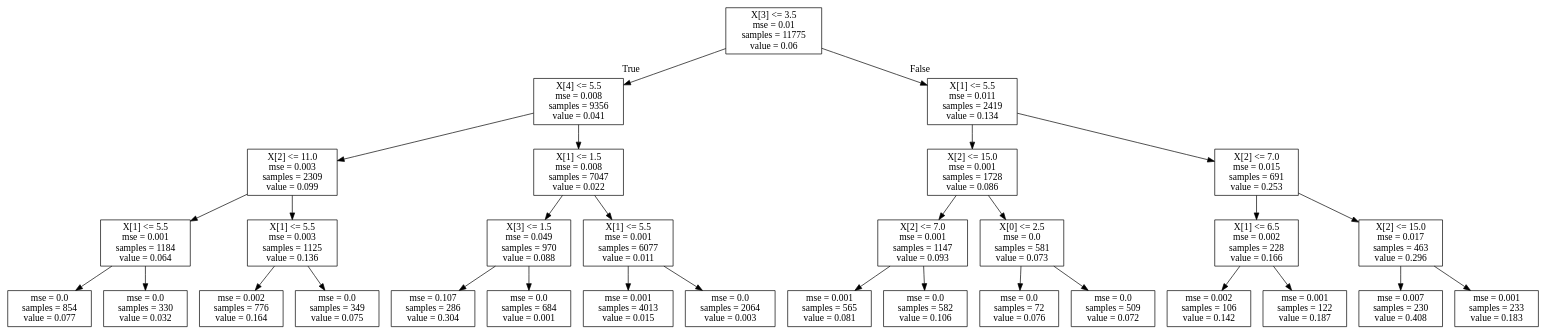
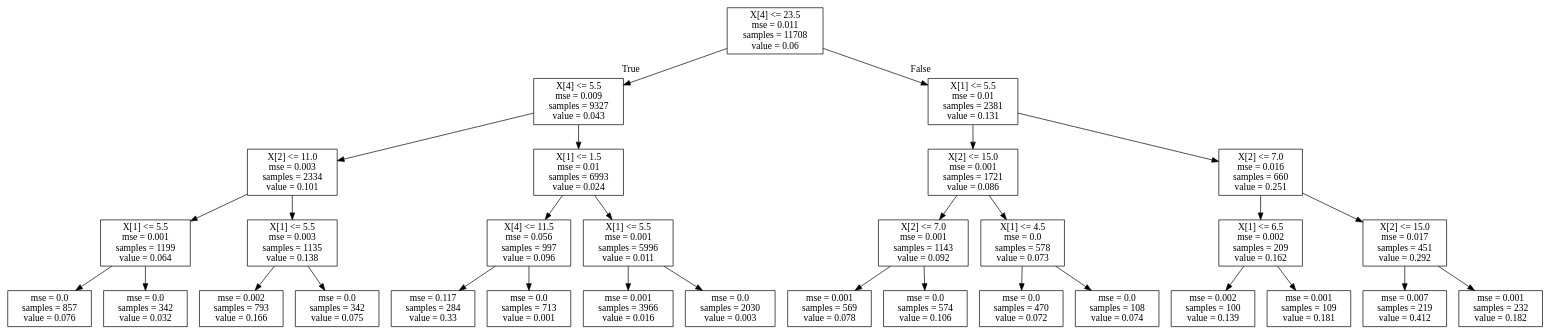
The diagram in Project4/tree.dot (jdhurwitz/UCLA-EE219), drawn with Graphviz before and after one commit. The commit also changed 2 other files, not shown here.

```diff
--- a/Project4/tree.dot
+++ b/Project4/tree.dot
@@ -1,64 +1,64 @@
 digraph Tree {
 node [shape=box] ;
-0 [label="X[3] <= 3.5\nmse = 0.01\nsamples = 11775\nvalue = 0.06"] ;
-1 [label="X[4] <= 5.5\nmse = 0.008\nsamples = 9356\nvalue = 0.041"] ;
+0 [label="X[4] <= 23.5\nmse = 0.011\nsamples = 11708\nvalue = 0.06"] ;
+1 [label="X[4] <= 5.5\nmse = 0.009\nsamples = 9327\nvalue = 0.043"] ;
 0 -> 1 [labeldistance=2.5, labelangle=45, headlabel="True"] ;
-2 [label="X[2] <= 11.0\nmse = 0.003\nsamples = 2309\nvalue = 0.099"] ;
+2 [label="X[2] <= 11.0\nmse = 0.003\nsamples = 2334\nvalue = 0.101"] ;
 1 -> 2 ;
-3 [label="X[1] <= 5.5\nmse = 0.001\nsamples = 1184\nvalue = 0.064"] ;
+3 [label="X[1] <= 5.5\nmse = 0.001\nsamples = 1199\nvalue = 0.064"] ;
 2 -> 3 ;
-4 [label="mse = 0.0\nsamples = 854\nvalue = 0.077"] ;
+4 [label="mse = 0.0\nsamples = 857\nvalue = 0.076"] ;
 3 -> 4 ;
-5 [label="mse = 0.0\nsamples = 330\nvalue = 0.032"] ;
+5 [label="mse = 0.0\nsamples = 342\nvalue = 0.032"] ;
 3 -> 5 ;
-6 [label="X[1] <= 5.5\nmse = 0.003\nsamples = 1125\nvalue = 0.136"] ;
+6 [label="X[1] <= 5.5\nmse = 0.003\nsamples = 1135\nvalue = 0.138"] ;
 2 -> 6 ;
-7 [label="mse = 0.002\nsamples = 776\nvalue = 0.164"] ;
+7 [label="mse = 0.002\nsamples = 793\nvalue = 0.166"] ;
 6 -> 7 ;
-8 [label="mse = 0.0\nsamples = 349\nvalue = 0.075"] ;
+8 [label="mse = 0.0\nsamples = 342\nvalue = 0.075"] ;
 6 -> 8 ;
-9 [label="X[1] <= 1.5\nmse = 0.008\nsamples = 7047\nvalue = 0.022"] ;
+9 [label="X[1] <= 1.5\nmse = 0.01\nsamples = 6993\nvalue = 0.024"] ;
 1 -> 9 ;
-10 [label="X[3] <= 1.5\nmse = 0.049\nsamples = 970\nvalue = 0.088"] ;
+10 [label="X[4] <= 11.5\nmse = 0.056\nsamples = 997\nvalue = 0.096"] ;
 9 -> 10 ;
-11 [label="mse = 0.107\nsamples = 286\nvalue = 0.304"] ;
+11 [label="mse = 0.117\nsamples = 284\nvalue = 0.33"] ;
 10 -> 11 ;
-12 [label="mse = 0.0\nsamples = 684\nvalue = 0.001"] ;
+12 [label="mse = 0.0\nsamples = 713\nvalue = 0.001"] ;
 10 -> 12 ;
-13 [label="X[1] <= 5.5\nmse = 0.001\nsamples = 6077\nvalue = 0.011"] ;
+13 [label="X[1] <= 5.5\nmse = 0.001\nsamples = 5996\nvalue = 0.011"] ;
 9 -> 13 ;
-14 [label="mse = 0.001\nsamples = 4013\nvalue = 0.015"] ;
+14 [label="mse = 0.001\nsamples = 3966\nvalue = 0.016"] ;
 13 -> 14 ;
-15 [label="mse = 0.0\nsamples = 2064\nvalue = 0.003"] ;
+15 [label="mse = 0.0\nsamples = 2030\nvalue = 0.003"] ;
 13 -> 15 ;
-16 [label="X[1] <= 5.5\nmse = 0.011\nsamples = 2419\nvalue = 0.134"] ;
+16 [label="X[1] <= 5.5\nmse = 0.01\nsamples = 2381\nvalue = 0.131"] ;
 0 -> 16 [labeldistance=2.5, labelangle=-45, headlabel="False"] ;
-17 [label="X[2] <= 15.0\nmse = 0.001\nsamples = 1728\nvalue = 0.086"] ;
+17 [label="X[2] <= 15.0\nmse = 0.001\nsamples = 1721\nvalue = 0.086"] ;
 16 -> 17 ;
-18 [label="X[2] <= 7.0\nmse = 0.001\nsamples = 1147\nvalue = 0.093"] ;
+18 [label="X[2] <= 7.0\nmse = 0.001\nsamples = 1143\nvalue = 0.092"] ;
 17 -> 18 ;
-19 [label="mse = 0.001\nsamples = 565\nvalue = 0.081"] ;
+19 [label="mse = 0.001\nsamples = 569\nvalue = 0.078"] ;
 18 -> 19 ;
-20 [label="mse = 0.0\nsamples = 582\nvalue = 0.106"] ;
+20 [label="mse = 0.0\nsamples = 574\nvalue = 0.106"] ;
 18 -> 20 ;
-21 [label="X[0] <= 2.5\nmse = 0.0\nsamples = 581\nvalue = 0.073"] ;
+21 [label="X[1] <= 4.5\nmse = 0.0\nsamples = 578\nvalue = 0.073"] ;
 17 -> 21 ;
-22 [label="mse = 0.0\nsamples = 72\nvalue = 0.076"] ;
+22 [label="mse = 0.0\nsamples = 470\nvalue = 0.072"] ;
 21 -> 22 ;
-23 [label="mse = 0.0\nsamples = 509\nvalue = 0.072"] ;
+23 [label="mse = 0.0\nsamples = 108\nvalue = 0.074"] ;
 21 -> 23 ;
-24 [label="X[2] <= 7.0\nmse = 0.015\nsamples = 691\nvalue = 0.253"] ;
+24 [label="X[2] <= 7.0\nmse = 0.016\nsamples = 660\nvalue = 0.251"] ;
 16 -> 24 ;
-25 [label="X[1] <= 6.5\nmse = 0.002\nsamples = 228\nvalue = 0.166"] ;
+25 [label="X[1] <= 6.5\nmse = 0.002\nsamples = 209\nvalue = 0.162"] ;
 24 -> 25 ;
-26 [label="mse = 0.002\nsamples = 106\nvalue = 0.142"] ;
+26 [label="mse = 0.002\nsamples = 100\nvalue = 0.139"] ;
 25 -> 26 ;
-27 [label="mse = 0.001\nsamples = 122\nvalue = 0.187"] ;
+27 [label="mse = 0.001\nsamples = 109\nvalue = 0.181"] ;
 25 -> 27 ;
-28 [label="X[2] <= 15.0\nmse = 0.017\nsamples = 463\nvalue = 0.296"] ;
+28 [label="X[2] <= 15.0\nmse = 0.017\nsamples = 451\nvalue = 0.292"] ;
 24 -> 28 ;
-29 [label="mse = 0.007\nsamples = 230\nvalue = 0.408"] ;
+29 [label="mse = 0.007\nsamples = 219\nvalue = 0.412"] ;
 28 -> 29 ;
-30 [label="mse = 0.001\nsamples = 233\nvalue = 0.183"] ;
+30 [label="mse = 0.001\nsamples = 232\nvalue = 0.182"] ;
 28 -> 30 ;
 }
```
